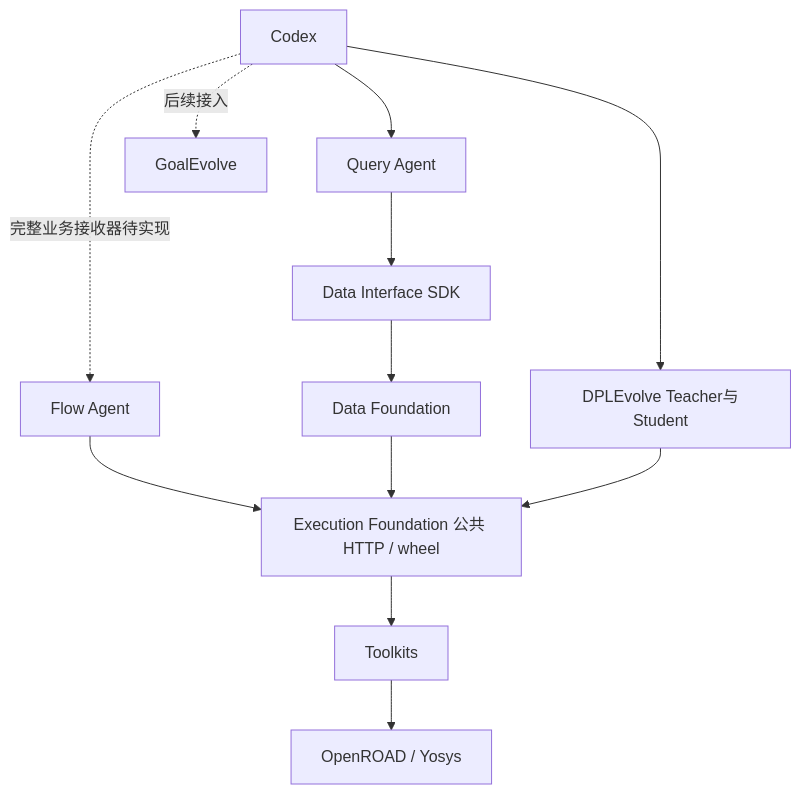
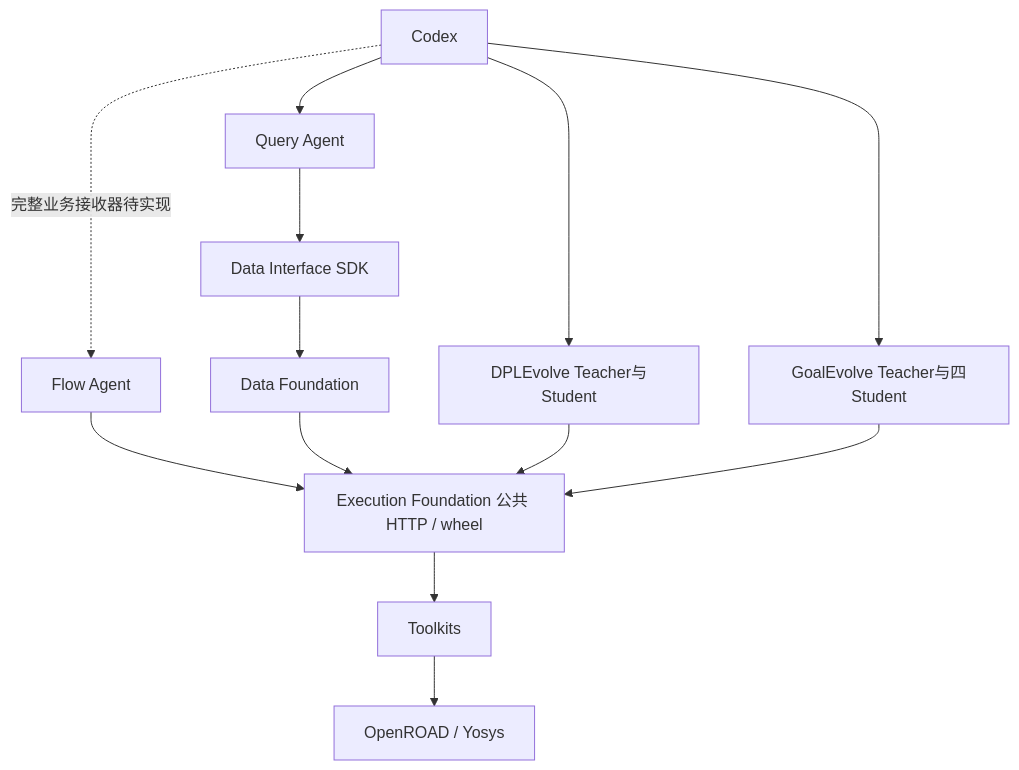
The first of 4 diagrams in ARCHITECTURE.md (CODA-Team/ChipEvolve), drawn with Mermaid before and after one commit. The commit also changed other lines of this file and 11 other files, not shown here.

````diff
--- a/ARCHITECTURE.md
+++ b/ARCHITECTURE.md
@@ -24,14 +26,15 @@
 ```mermaid
 flowchart TD
     C[Codex] --> Q[Query Agent]
     Q --> DI[Data Interface SDK]
     DI --> DF[Data Foundation]
     C -. 完整业务接收器待实现 .-> F[Flow Agent]
     F --> EF[Execution Foundation 公共 HTTP / wheel]
     EF --> TK[Toolkits]
     TK --> OR[OpenROAD / Yosys]
     DF --> EF
     C --> DPL[DPLEvolve Teacher与Student]
     DPL --> EF
-    C -. 后续接入 .-> CODE[GoalEvolve]
+    C --> CODE[GoalEvolve Teacher与四Student]
+    CODE --> EF
 ```
````
